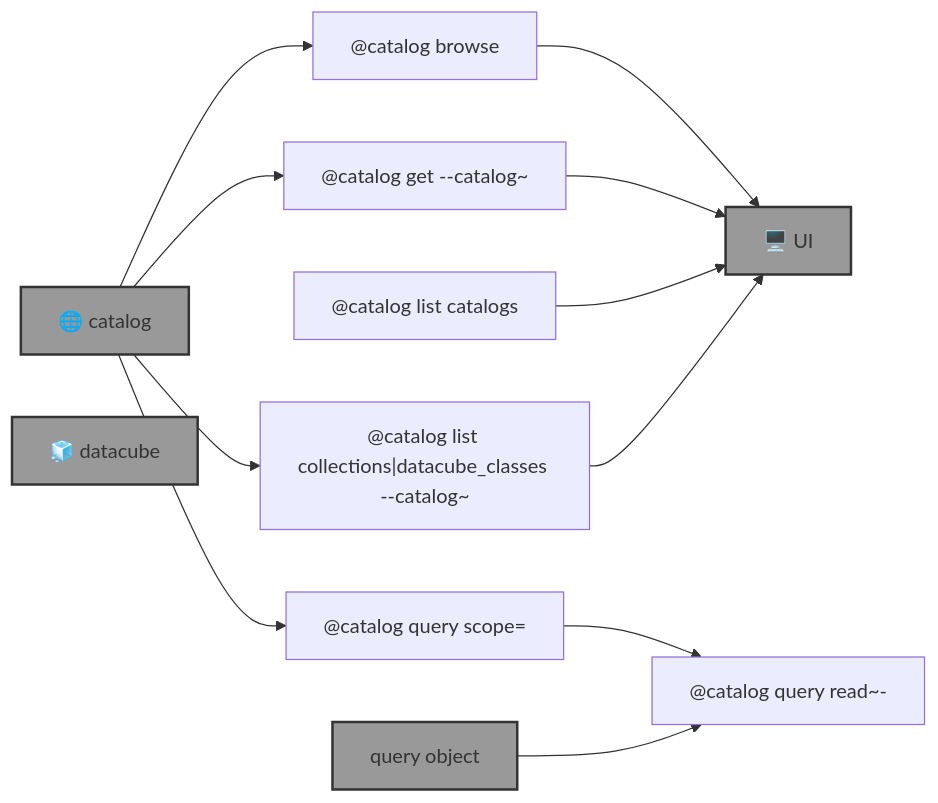
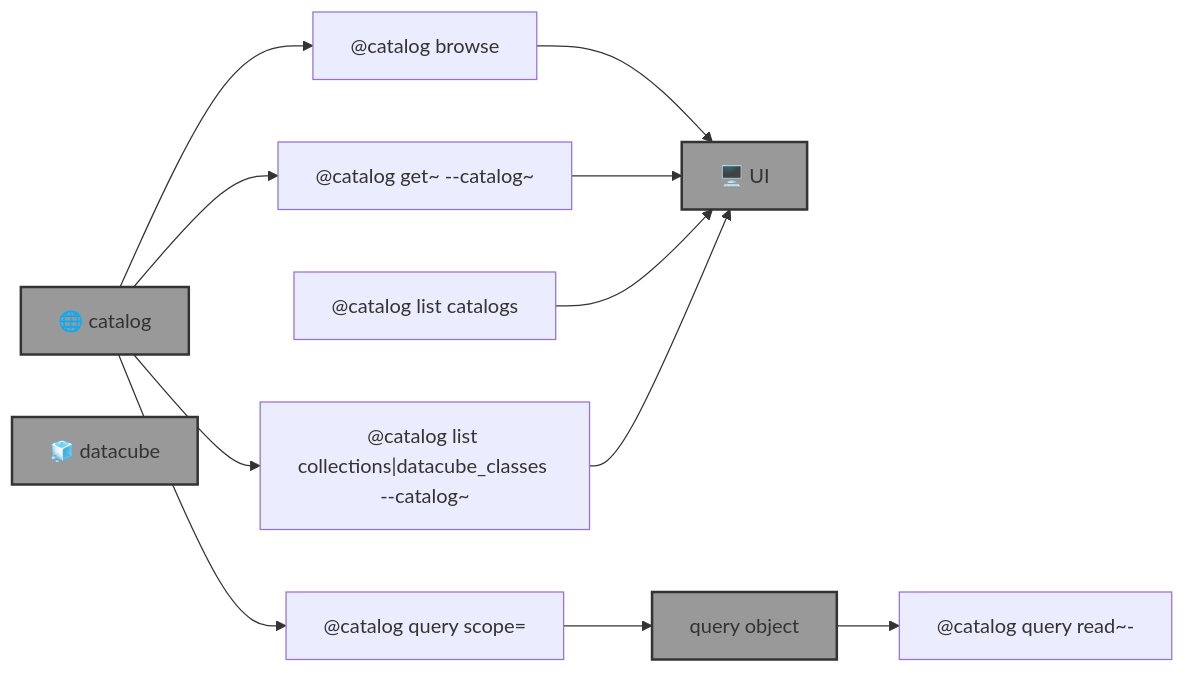
The diagram in template.md (kamangir/blue-geo), drawn with Mermaid before and after one commit. The commit also changed 3 other files, not shown here.

````diff
--- a/template.md
+++ b/template.md
@@ -9,32 +9,32 @@
 ```mermaid
 graph LR
     catalog_browse["@catalog browse <catalog-name> <resource>"]
-    catalog_get["@catalog get <thing> --catalog~<catalog>"]
+    catalog_get["@catalog get~<thing> --catalog~<catalog>"]
     catalog_list_catalogs["@catalog list catalogs"]
     catalog_list["@catalog list collections|datacube_classes --catalog~<catalog>"]
     catalog_query["@catalog query <catalog-name> <collection-name> scope=<scope> <query-object-name>"]
     catalog_query_read["@catalog query read~- <query-object-name>"]
 
     catalog["🌐 catalog"]:::folder
     datacube_id["🧊 datacube"]:::folder
     UI["🖥️ UI"]:::folder
     query_object["query object"]:::folder
 
     catalog --> catalog_browse
     catalog_browse --> UI
 
     catalog --> catalog_get
     catalog_get --> UI
 
     catalog_list_catalogs --> UI
 
     catalog --> catalog_list
     catalog_list --> UI
 
     catalog --> catalog_query
-    catalog_query --> catalog_query_read
+    catalog_query --> query_object
 
     query_object --> catalog_query_read
 
     classDef folder fill:#999,stroke:#333,stroke-width:2px;
 ```
````
